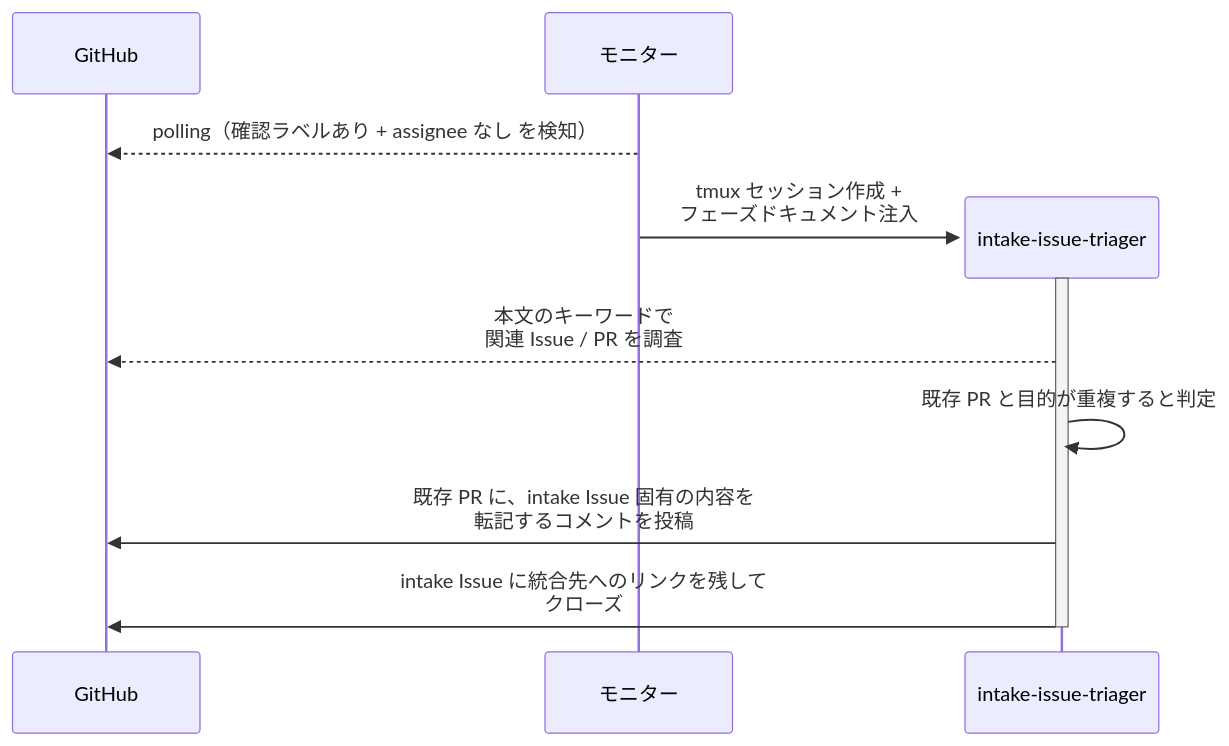
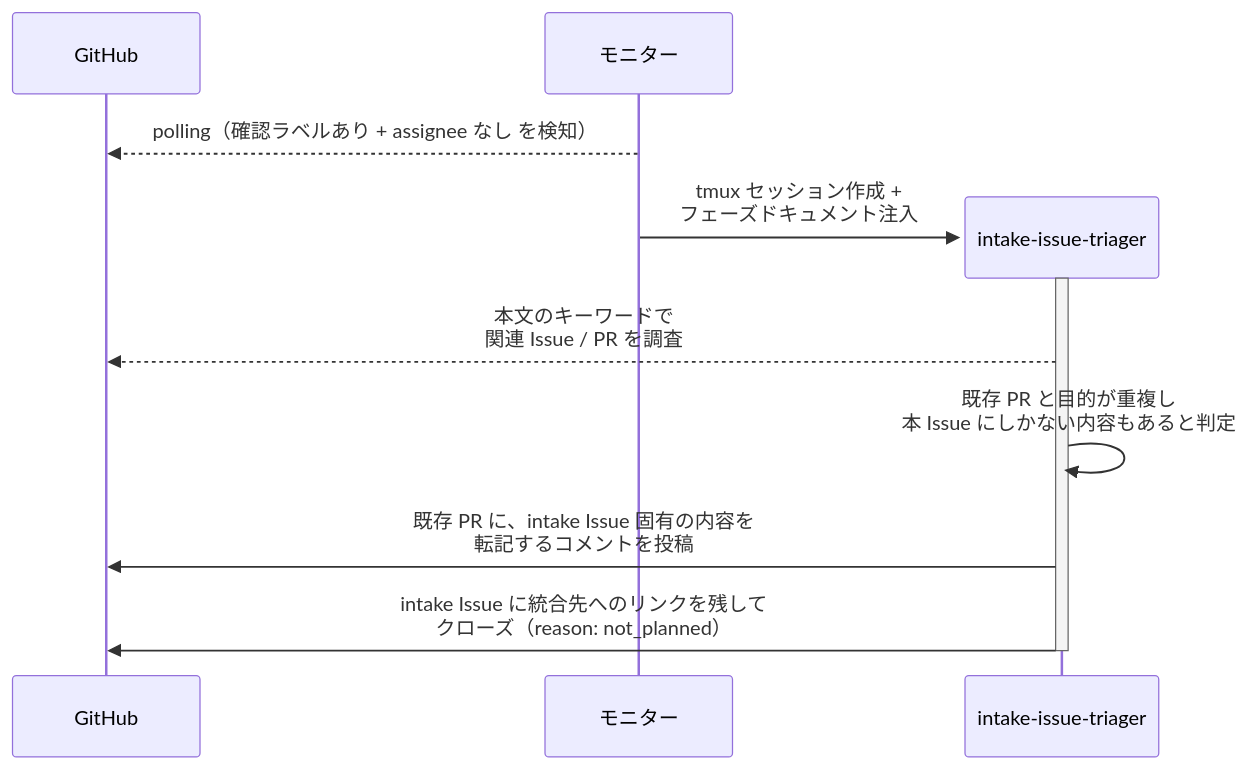
The second of 4 diagrams in docs/wiki/設計図/シナリオ/単一ユースケース/Issue分解と子PR作成.md (shuhei1101/ai-monitor), drawn with Mermaid before and after one commit. The commit also changed other lines of this file and 174 other files, not shown here.

````diff
--- a/docs/wiki/設計図/シナリオ/単一ユースケース/Issue分解と子PR作成.md
+++ b/docs/wiki/設計図/シナリオ/単一ユースケース/Issue分解と子PR作成.md
@@ -92,15 +92,15 @@
 ```mermaid
 sequenceDiagram
   participant GH as GitHub
   participant ORC as モニター
 
   ORC-->>GH: polling（確認ラベルあり + assignee なし を検知）
   create participant MON as intake-issue-triager
   ORC->>MON: tmux セッション作成 +<br>フェーズドキュメント注入
   activate MON
   MON-->>GH: 本文のキーワードで<br>関連 Issue / PR を調査
-  MON->>MON: 既存 PR と目的が重複すると判定
+  MON->>MON: 既存 PR と目的が重複し<br>本 Issue にしかない内容もあると判定
   MON->>GH: 既存 PR に、intake Issue 固有の内容を<br>転記するコメントを投稿
-  MON->>GH: intake Issue に統合先へのリンクを残して<br>クローズ
+  MON->>GH: intake Issue に統合先へのリンクを残して<br>クローズ（reason: not_planned）
   deactivate MON
 ```
````
